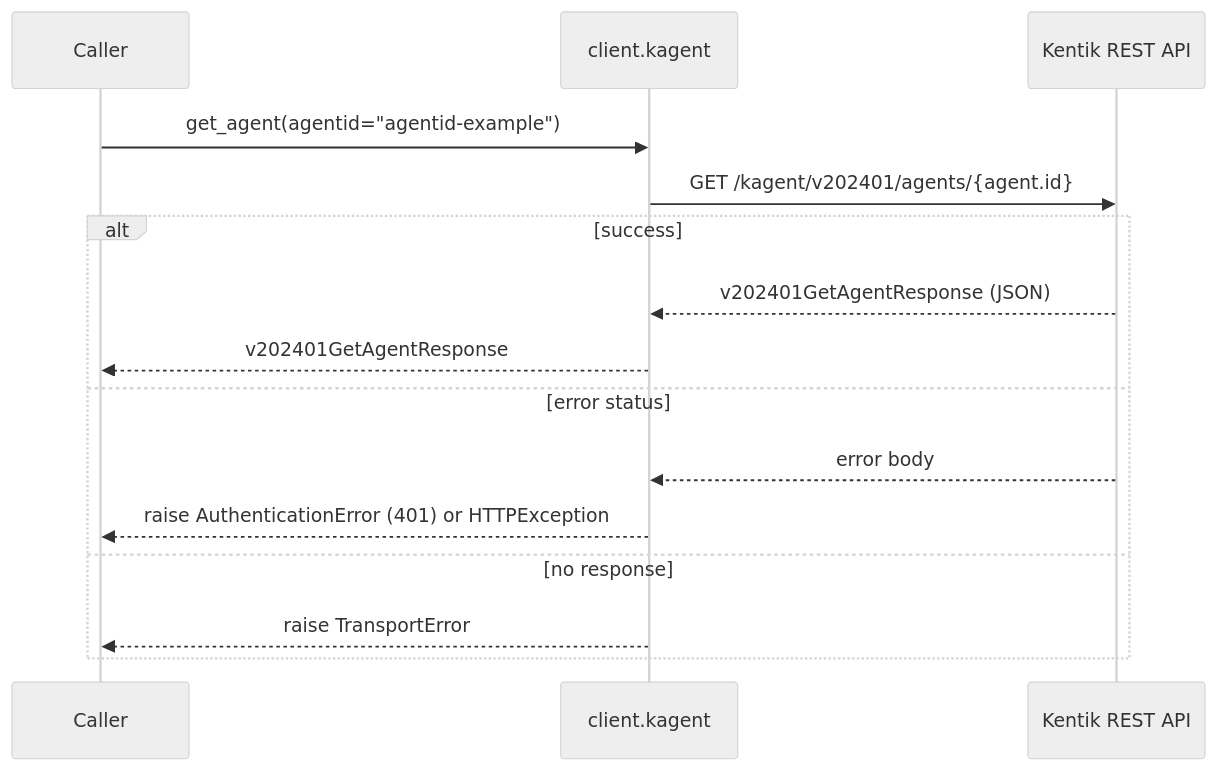
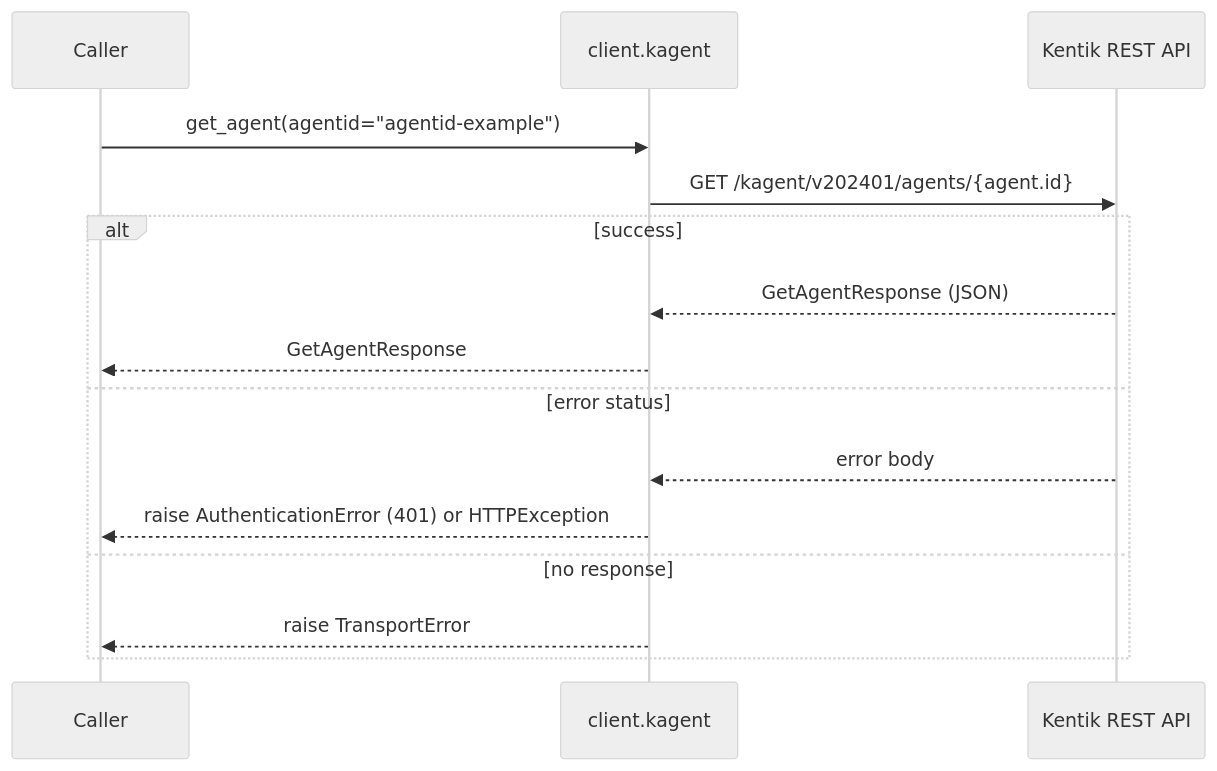
One commit to alexdearaujo/community_sdk_python changed the tenth of 58 diagrams in docs/sphinx/services/kagent.md. Above: the diagram before and after it, drawn with Mermaid (neutral theme). The commit also changed other lines of this file and 38 other files, not shown here.

````diff
--- a/docs/sphinx/services/kagent.md
+++ b/docs/sphinx/services/kagent.md
@@ -345,18 +345,18 @@
 ```mermaid
 sequenceDiagram
     participant C as Caller
     participant W as client.kagent
     participant API as Kentik REST API
 
     C->>W: get_agent(agentid="agentid-example")
     W->>API: GET /kagent/v202401/agents/{agent.id}
     alt success
-        API-->>W: v202401GetAgentResponse (JSON)
-        W-->>C: v202401GetAgentResponse
+        API-->>W: GetAgentResponse (JSON)
+        W-->>C: GetAgentResponse
     else error status
         API-->>W: error body
         W-->>C: raise AuthenticationError (401) or HTTPException
     else no response
         W-->>C: raise TransportError
     end
 ```
````
